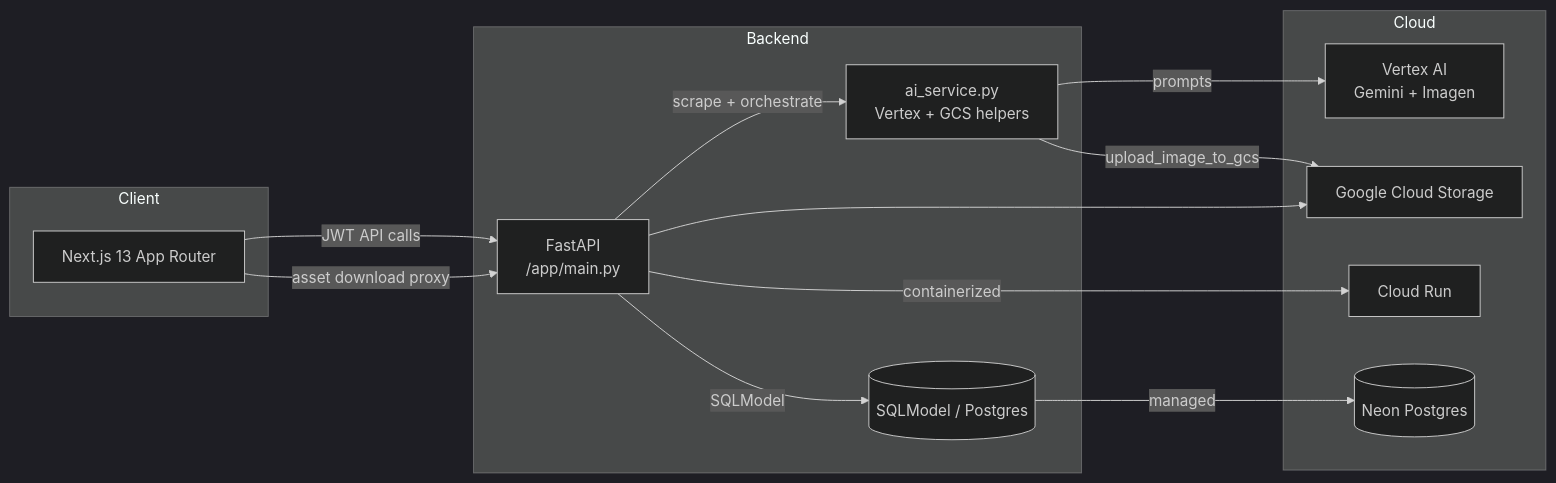
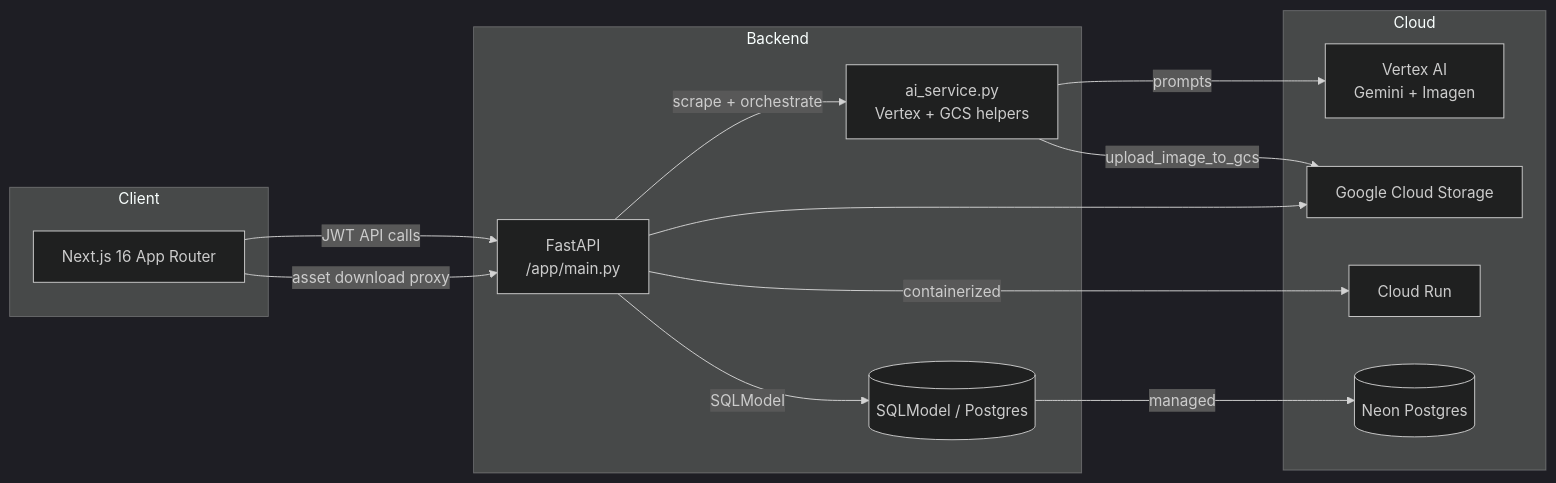
One commit to sidharth0dev/ai-marketing-campaign changed the diagram in README.md. Above: the diagram before and after it, drawn with Mermaid (dark theme). The commit also changed other lines of this file, not shown here.

````diff
--- a/README.md
+++ b/README.md
@@ -29,28 +28,28 @@
 ```mermaid
 flowchart LR
     subgraph Client
-        UI[Next.js 13 App Router]
+        UI[Next.js 16 App Router]
     end
 
     subgraph Backend
         API[FastAPI \n /app/main.py]
         Services[ai_service.py \n Vertex + GCS helpers]
         DB[(SQLModel / Postgres)]
     end
 
     subgraph Cloud
         Vertex[Vertex AI \n Gemini + Imagen]
         GCS[Google Cloud Storage]
         Run[Cloud Run]
         Neon[(Neon Postgres)]
     end
 
     UI -->|JWT API calls| API
     API -->|scrape + orchestrate| Services
     Services -->|prompts| Vertex
     Services -->|upload_image_to_gcs| GCS
     API -->|SQLModel| DB
     DB -->|managed| Neon
     API -->|containerized| Run
     UI -->|asset download proxy| API --> GCS
 ```
````
